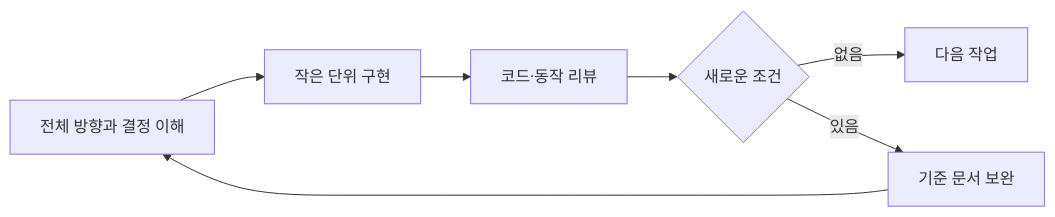
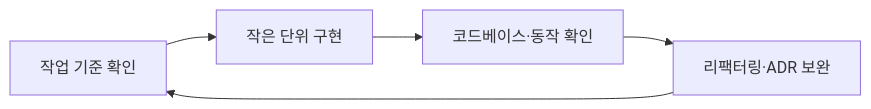
Before and after one commit to seokjun7410/file-upload: the second of 2 diagrams in docs/ai-assisted-development-workflow.md, drawn with Mermaid. The commit also changed other lines of this file and 1 other file, not shown here.

````diff
--- a/docs/ai-assisted-development-workflow.md
+++ b/docs/ai-assisted-development-workflow.md
@@ -50,9 +52,7 @@
 ```mermaid
 flowchart LR
-    A[전체 방향과 결정 이해] --> B[작은 단위 구현]
-    B --> C[코드·동작 리뷰]
-    C --> D{새로운 조건}
-    D -->|없음| E[다음 작업]
-    D -->|있음| F[기준 문서 보완]
-    F --> A
+    A[작업 기준 확인] --> B[작은 단위 구현]
+    B --> C[코드베이스·동작 확인]
+    C --> D[리팩터링·ADR 보완]
+    D --> A
 ```
````
